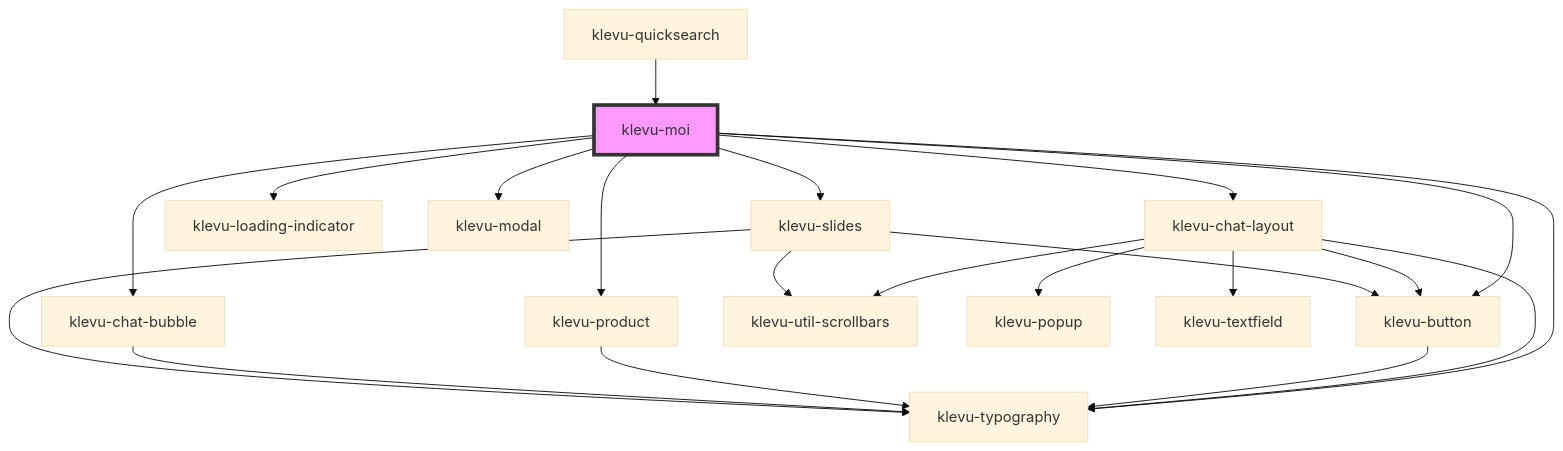
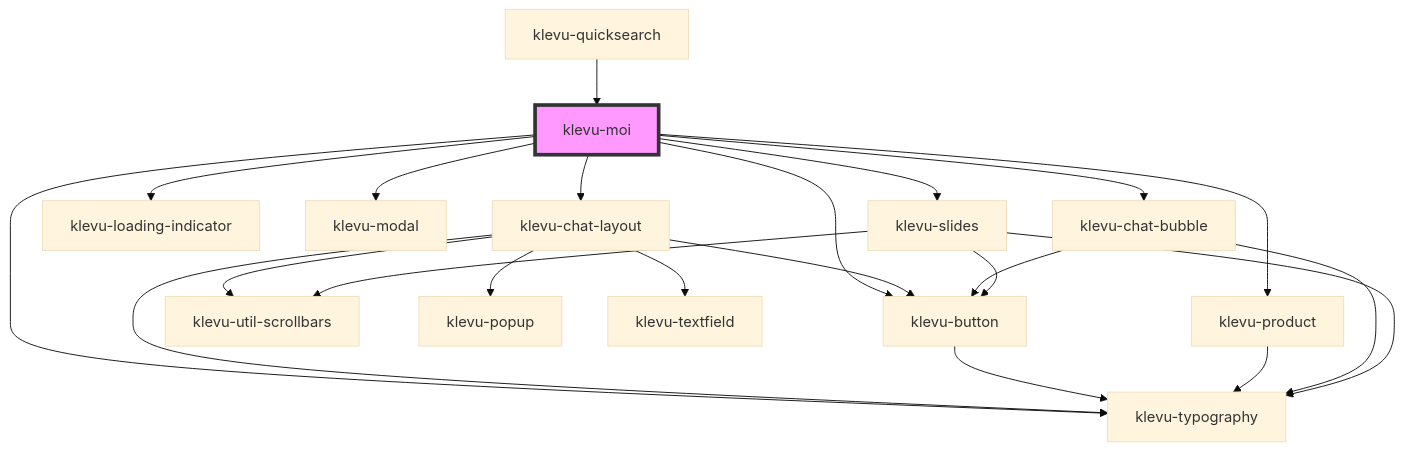
One commit to klevultd/frontend-sdk changed the diagram in packages/klevu-ui/src/components/klevu-moi/readme.md. Above: the diagram before and after it, drawn with Mermaid (base theme). The commit also changed 20 other files, not shown here.

````diff
--- a/packages/klevu-ui/src/components/klevu-moi/readme.md
+++ b/packages/klevu-ui/src/components/klevu-moi/readme.md
@@ -45,24 +45,25 @@
 ```mermaid
 graph TD;
   klevu-moi --> klevu-chat-layout
   klevu-moi --> klevu-loading-indicator
   klevu-moi --> klevu-button
   klevu-moi --> klevu-modal
   klevu-moi --> klevu-product
   klevu-moi --> klevu-chat-bubble
   klevu-moi --> klevu-typography
   klevu-moi --> klevu-slides
   klevu-chat-layout --> klevu-typography
   klevu-chat-layout --> klevu-button
   klevu-chat-layout --> klevu-util-scrollbars
   klevu-chat-layout --> klevu-popup
   klevu-chat-layout --> klevu-textfield
   klevu-button --> klevu-typography
   klevu-product --> klevu-typography
   klevu-chat-bubble --> klevu-typography
+  klevu-chat-bubble --> klevu-button
   klevu-slides --> klevu-typography
   klevu-slides --> klevu-button
   klevu-slides --> klevu-util-scrollbars
   klevu-quicksearch --> klevu-moi
   style klevu-moi fill:#f9f,stroke:#333,stroke-width:4px
 ```
````
